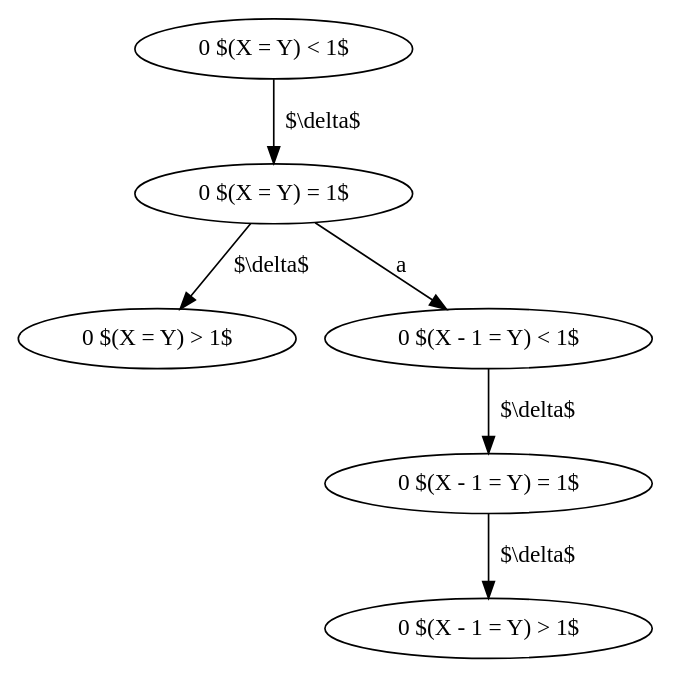
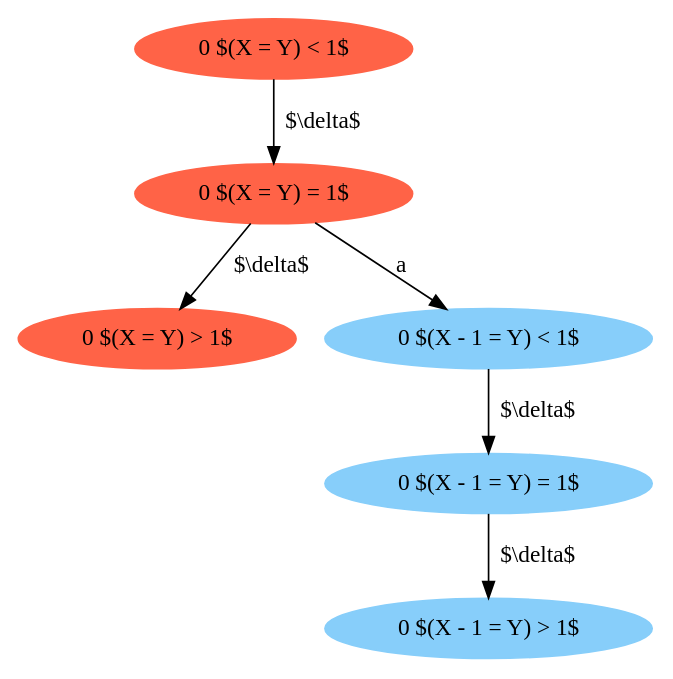
One commit to sguha100/bachelor-thesis changed the diagram in thesis/breaking2-zones02.dot. Above: the diagram before and after it, drawn with Graphviz. The commit also changed 6 other files, not shown here.

```diff
--- a/thesis/breaking2-zones02.dot
+++ b/thesis/breaking2-zones02.dot
@@ -1,13 +1,13 @@
 digraph {
-"0 $(X = Y) < 1$";
-"0 $(X = Y) = 1$";
-"0 $(X = Y) > 1$";
-"0 $(X - 1 = Y) < 1$";
-"0 $(X - 1 = Y) = 1$";
-"0 $(X - 1 = Y) > 1$";
+"0 $(X = Y) < 1$" [style=filled,color=tomato];
+"0 $(X = Y) = 1$" [style=filled,color=tomato];
+"0 $(X = Y) > 1$" [style=filled,color=tomato];
+"0 $(X - 1 = Y) < 1$" [style=filled,color=lightskyblue];
+"0 $(X - 1 = Y) = 1$" [style=filled,color=lightskyblue];
+"0 $(X - 1 = Y) > 1$" [style=filled,color=lightskyblue];
 "0 $(X = Y) < 1$" -> "0 $(X = Y) = 1$" [label = "$\\delta$"]
 "0 $(X = Y) = 1$" -> "0 $(X = Y) > 1$" [label = "$\\delta$"]
 "0 $(X = Y) = 1$" -> "0 $(X - 1 = Y) < 1$" [label = "a"]
 "0 $(X - 1 = Y) < 1$" -> "0 $(X - 1 = Y) = 1$" [label = "$\\delta$"]
 "0 $(X - 1 = Y) = 1$" -> "0 $(X - 1 = Y) > 1$" [label = "$\\delta$"]
 }
```
